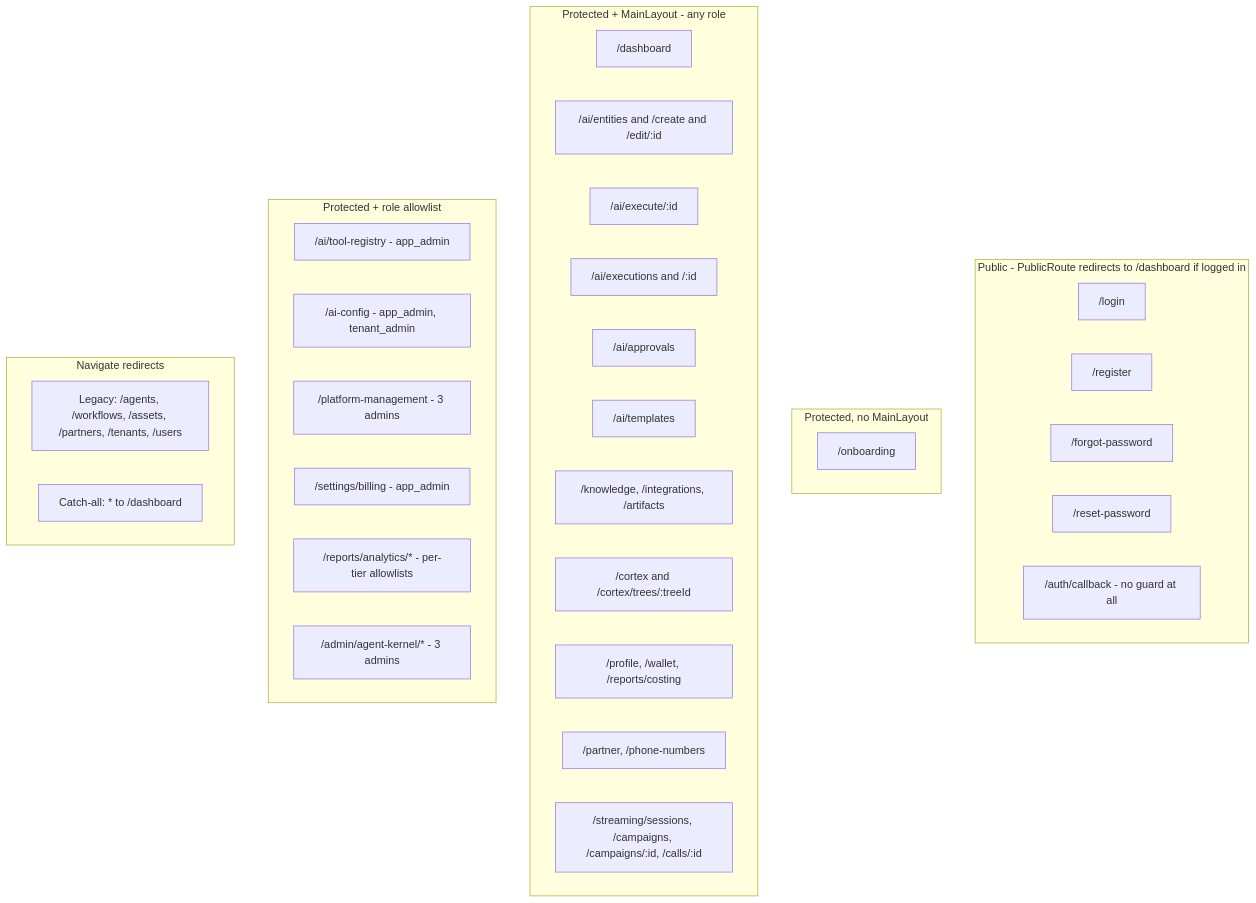
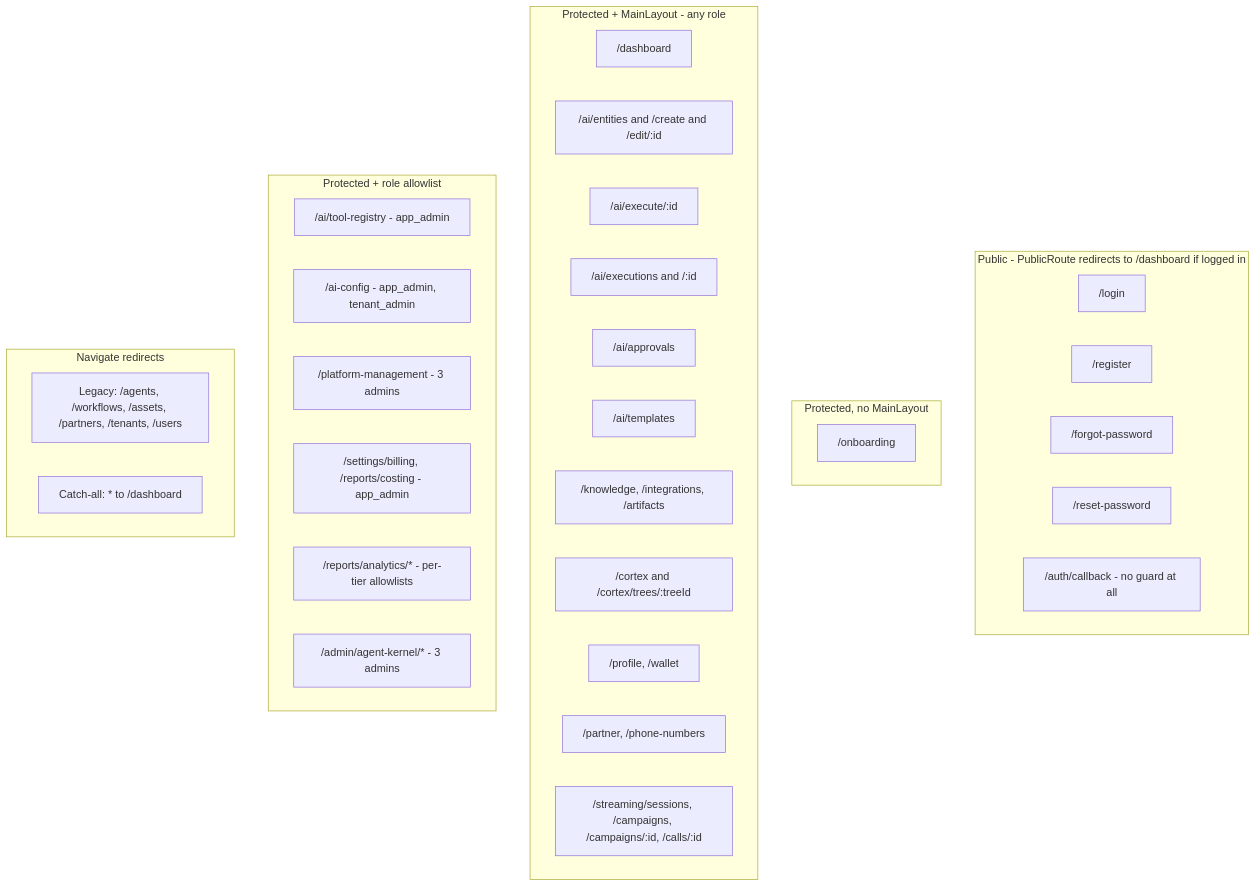
Before and after one commit to gondolerahul/hire-buddha-app: the fifth of 26 diagrams in docs/current/16-frontend.md, drawn with Mermaid. The commit also changed other lines of this file and 13 other files, not shown here.

````diff
--- a/docs/current/16-frontend.md
+++ b/docs/current/16-frontend.md
@@ -332,38 +332,38 @@
 ```mermaid
 graph TB
     subgraph Public["Public - PublicRoute redirects to /dashboard if logged in"]
         P1["/login"]
         P2["/register"]
         P3["/forgot-password"]
         P4["/reset-password"]
         P5["/auth/callback - no guard at all"]
     end
     subgraph NoLayout["Protected, no MainLayout"]
         N1["/onboarding"]
     end
     subgraph Core["Protected + MainLayout - any role"]
         C1["/dashboard"]
         C2["/ai/entities and /create and /edit/:id"]
         C3["/ai/execute/:id"]
         C4["/ai/executions and /:id"]
         C5["/ai/approvals"]
         C6["/ai/templates"]
         C7["/knowledge, /integrations, /artifacts"]
         C8["/cortex and /cortex/trees/:treeId"]
-        C9["/profile, /wallet, /reports/costing"]
+        C9["/profile, /wallet"]
         C10["/partner, /phone-numbers"]
         C11["/streaming/sessions, /campaigns, /campaigns/:id, /calls/:id"]
     end
     subgraph Gated["Protected + role allowlist"]
         G1["/ai/tool-registry - app_admin"]
         G2["/ai-config - app_admin, tenant_admin"]
         G3["/platform-management - 3 admins"]
-        G4["/settings/billing - app_admin"]
+        G4["/settings/billing, /reports/costing - app_admin"]
         G5["/reports/analytics/* - per-tier allowlists"]
         G6["/admin/agent-kernel/* - 3 admins"]
     end
     subgraph Redirects["Navigate redirects"]
         R1["Legacy: /agents, /workflows, /assets, /partners, /tenants, /users"]
         R3["Catch-all: * to /dashboard"]
     end
 ```
````
